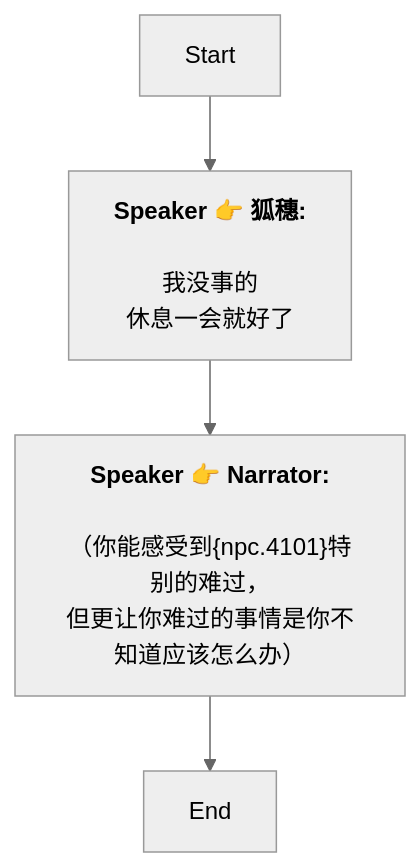
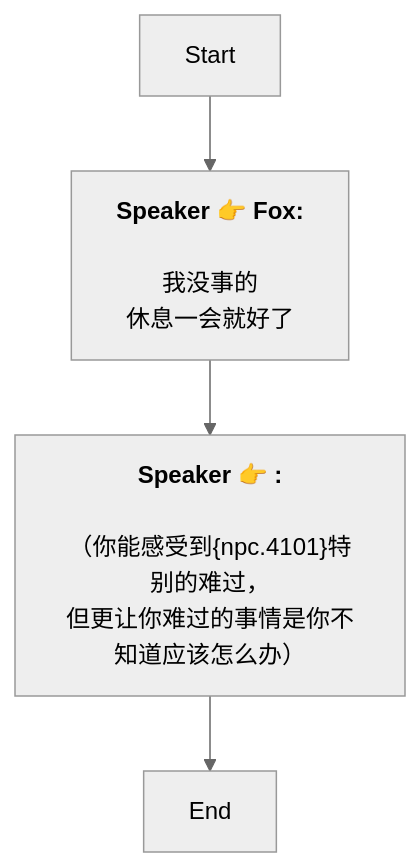
One commit to SoftHu/tos_avg changed the diagram in Zh/AddDialogNode_1738551309133086.md. Above: the diagram before and after it, drawn with Mermaid (neutral theme). The commit also changed 737 other files, not shown here.

````diff
--- a/Zh/AddDialogNode_1738551309133086.md
+++ b/Zh/AddDialogNode_1738551309133086.md
@@ -1,13 +1,10 @@
 ```mermaid
 graph
-Start -->1738551382236449[<b>Speaker 👉 狐穗:</b>
-
-我没事的
-休息一会就好了]
-1738551382236449 -->1738551568188707[<b>Speaker 👉 Narrator:</b>
-
-（你能感受到&lbrace;npc.4101&rbrace;特别的难过，
+Start -->1738551382236449[<b>Speaker 👉 Fox:</b>
+\n我没事的\n休息一会就好了]
+1738551382236449 -->1738551568188707[<b>Speaker 👉 :</b>
+\n（你能感受到&lbrace;npc.4101&rbrace;特别的难过，
 但更让你难过的事情是你不知道应该怎么办）]
 1738551568188707 -->1738551384198434[End]
 
- ```
+```
````
